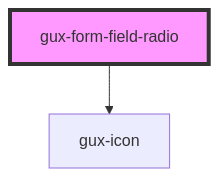
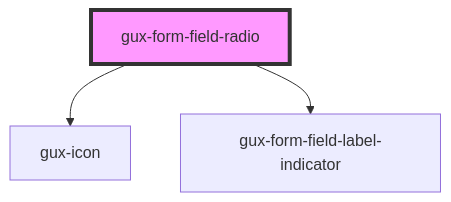
Before and after one commit to MyPureCloud/genesys-spark: the diagram in packages/genesys-spark-components/src/components/stable/gux-form-field/components/gux-form-field-radio/readme.md, drawn with Mermaid. The commit also changed other lines of this file and 49 other files, not shown here.

First line of the commit message:
feat(other): Add form field optional indicator files

````diff
--- a/packages/genesys-spark-components/src/components/stable/gux-form-field/components/gux-form-field-radio/readme.md
+++ b/packages/genesys-spark-components/src/components/stable/gux-form-field/components/gux-form-field-radio/readme.md
@@ -33,5 +34,6 @@
 ```mermaid
 graph TD;
   gux-form-field-radio --> gux-icon
+  gux-form-field-radio --> gux-form-field-label-indicator
   style gux-form-field-radio fill:#f9f,stroke:#333,stroke-width:4px
 ```
````
